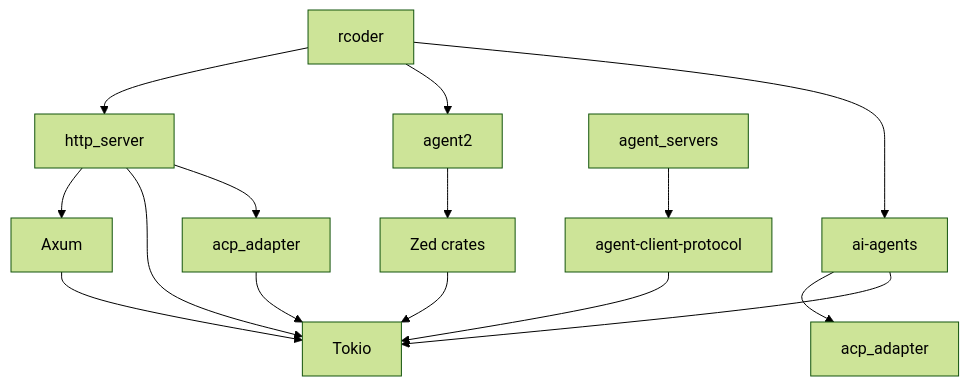
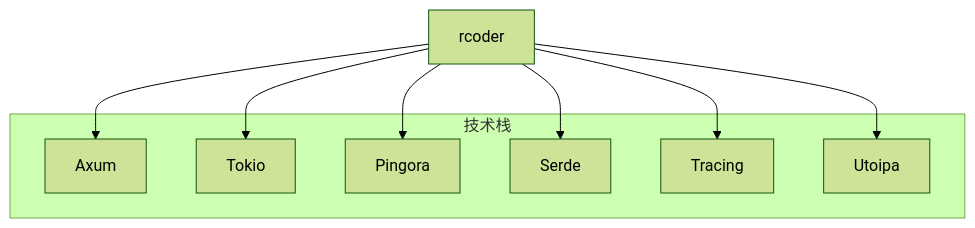
The sixth of 6 diagrams in .qoder/repowiki/zh/content/项目概述.md (nuwax-ai/rcoder), drawn with Mermaid (forest theme) before and after one commit. The commit also changed other lines of this file and 219 other files, not shown here.

````diff
--- a/.qoder/repowiki/zh/content/项目概述.md
+++ b/.qoder/repowiki/zh/content/项目概述.md
@@ -417,17 +165,17 @@
 ```mermaid
 graph TD
-A[rcoder] --> B[http_server]
-A --> C[agent2]
-B --> D[Axum]
-B --> E[Tokio]
-C --> F[Zed crates]
-D --> E
-F --> E
-G[agent_servers] --> H[agent-client-protocol]
-H --> E
-B --> I[acp_adapter]
-I --> E
-A --> J[ai-agents]
-J --> K[acp_adapter]
-J --> E
+subgraph "技术栈"
+Axum[Axum]
+Tokio[Tokio]
+Pingora[Pingora]
+Serde[Serde]
+Tracing[Tracing]
+Utoipa[Utoipa]
+end
+rcoder --> Axum
+rcoder --> Tokio
+rcoder --> Pingora
+rcoder --> Serde
+rcoder --> Tracing
+rcoder --> Utoipa
 ```
````
